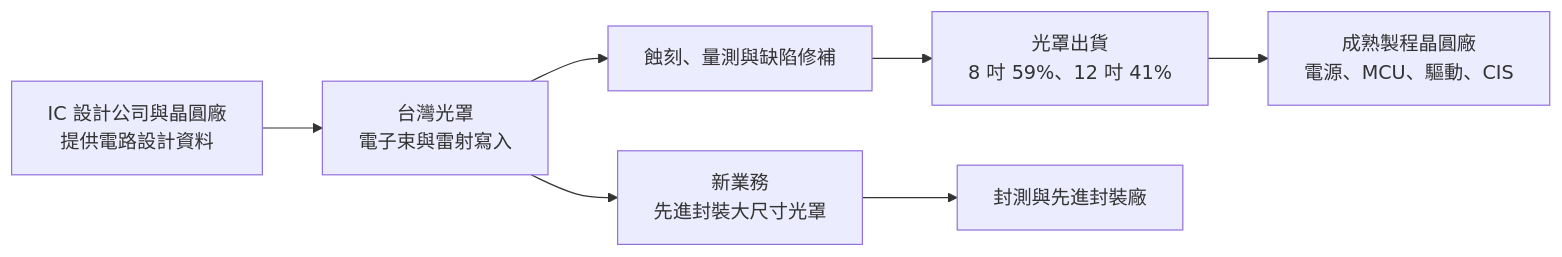
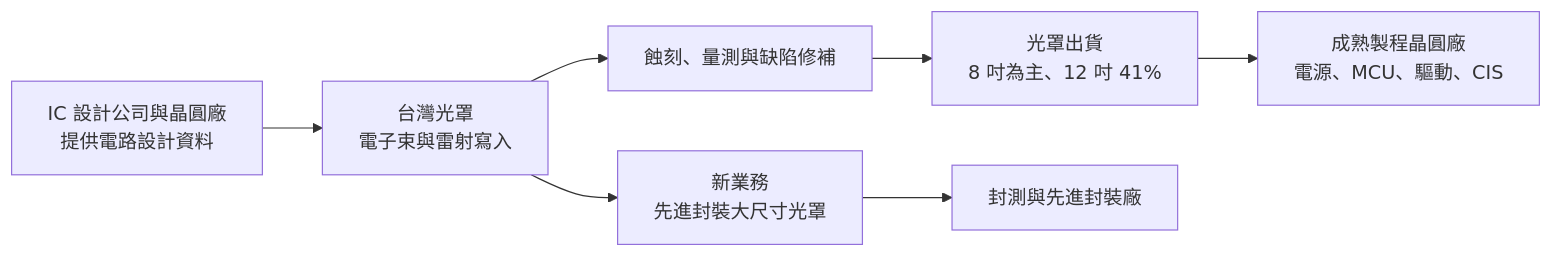
The second of 4 diagrams in 個股/台股/2338光罩.md (wangnick1004/taiwan-stock-vault), drawn with Mermaid before and after one commit. The commit also changed other lines of this file and 10 other files, not shown here.

````diff
--- a/個股/台股/2338光罩.md
+++ b/個股/台股/2338光罩.md
@@ -74,9 +69,9 @@
 ```mermaid
 flowchart LR
     A["IC 設計公司與晶圓廠<br/>提供電路設計資料"] --> B["台灣光罩<br/>電子束與雷射寫入"]
     B --> C["蝕刻、量測與缺陷修補"]
-    C --> D["光罩出貨<br/>8 吋 59%、12 吋 41%"]
+    C --> D["光罩出貨<br/>8 吋為主、12 吋 41%"]
     D --> E["成熟製程晶圓廠<br/>電源、MCU、驅動、CIS"]
     B --> F["新業務<br/>先進封裝大尺寸光罩"]
     F --> G["封測與先進封裝廠"]
 ```
````
